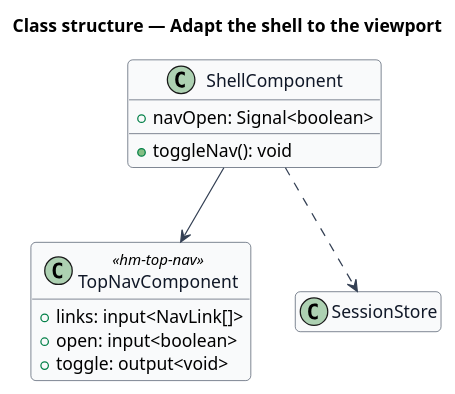
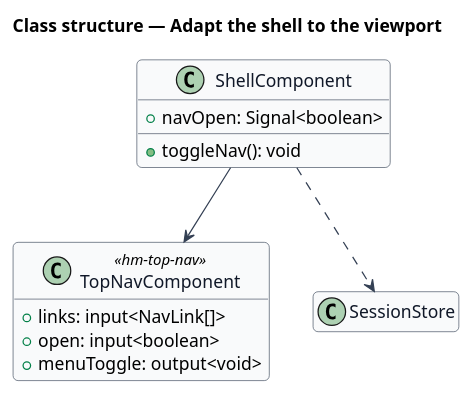
The diagram in docs/detailed-designs/interface/responsive-shell/diagrams/class-structure.puml (QuinntyneBrown/hummi), drawn with PlantUML before and after one commit. The commit also changed 39 other files, not shown here.

```diff
--- a/docs/detailed-designs/interface/responsive-shell/diagrams/class-structure.puml
+++ b/docs/detailed-designs/interface/responsive-shell/diagrams/class-structure.puml
@@ -1,26 +1,26 @@
 @startuml
 skinparam backgroundColor #FFFFFF
 skinparam shadowing false
 skinparam roundcorner 8
 skinparam defaultFontName Arial
 skinparam ArrowColor #344054
 skinparam class {
   BorderColor #344054
   FontColor #101828
   BackgroundColor #F9FAFB
 }
 hide empty members
 title Class structure — Adapt the shell to the viewport
 
 class ShellComponent {
   +navOpen: Signal<boolean>
   +toggleNav(): void
 }
 class TopNavComponent <<hm-top-nav>> {
   +links: input<NavLink[]>
   +open: input<boolean>
-  +toggle: output<void>
+  +menuToggle: output<void>
 }
 ShellComponent --> TopNavComponent
 ShellComponent ..> SessionStore
 @enduml
```
